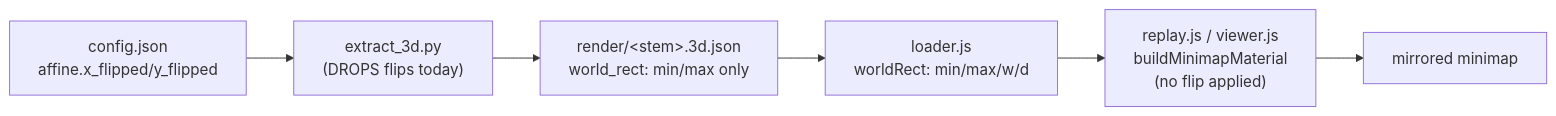
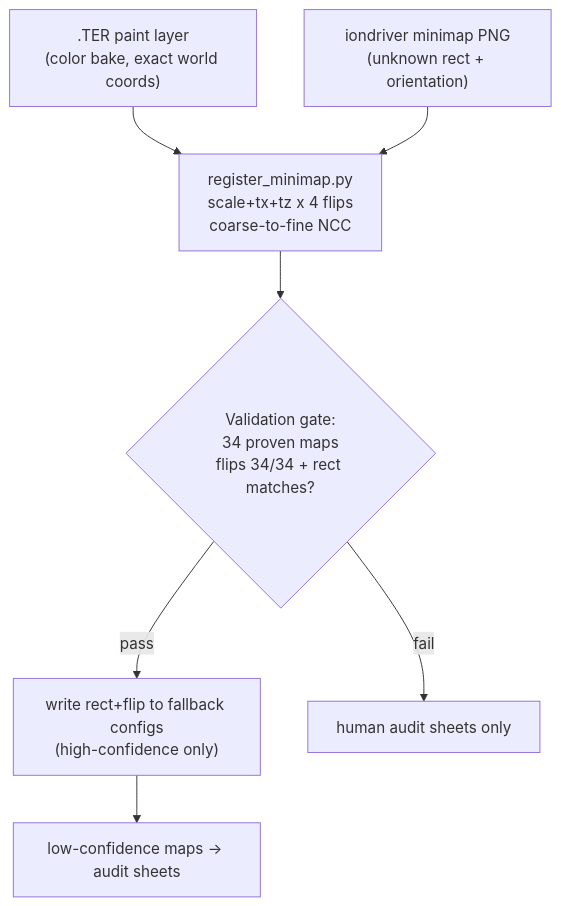
Before and after one commit to sevsunday/vt-stats: the diagram in .cursor/plans/3d_replay_minimap_flip_c6a5ae03.plan.md, drawn with Mermaid. The commit also changed other lines of this file and 41 other files, not shown here.

Commit message:
Fix 3D replay minimap orientation and fallback world rects

````diff
--- a/.cursor/plans/3d_replay_minimap_flip_c6a5ae03.plan.md
+++ b/.cursor/plans/3d_replay_minimap_flip_c6a5ae03.plan.md
@@ -41,8 +56,9 @@
 ```mermaid
-flowchart LR
-  cfg["config.json<br/>affine.x_flipped/y_flipped"] --> extract["extract_3d.py<br/>(DROPS flips today)"]
-  extract --> j3d["render/&lt;stem&gt;.3d.json<br/>world_rect: min/max only"]
-  j3d --> loader["loader.js<br/>worldRect: min/max/w/d"]
-  loader --> drape["replay.js / viewer.js<br/>buildMinimapMaterial<br/>(no flip applied)"]
-  drape --> tex["mirrored minimap"]
+flowchart TD
+  TER[".TER paint layer<br/>(color bake, exact world coords)"] --> REG["register_minimap.py<br/>scale+tx+tz x 4 flips<br/>coarse-to-fine NCC"]
+  PNG["iondriver minimap PNG<br/>(unknown rect + orientation)"] --> REG
+  REG --> GATE{"Validation gate:<br/>34 proven maps<br/>flips 34/34 + rect matches?"}
+  GATE -->|pass| WRITE["write rect+flip to fallback configs<br/>(high-confidence only)"]
+  GATE -->|fail| SHEETS["human audit sheets only"]
+  WRITE --> LOW["low-confidence maps -> audit sheets"]
 ```
````
